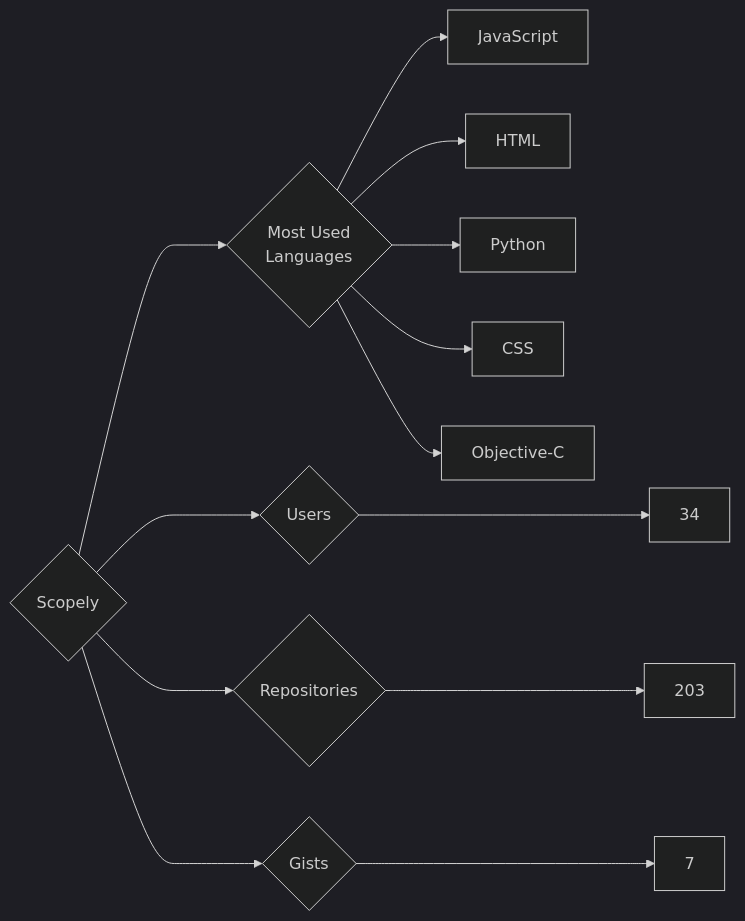
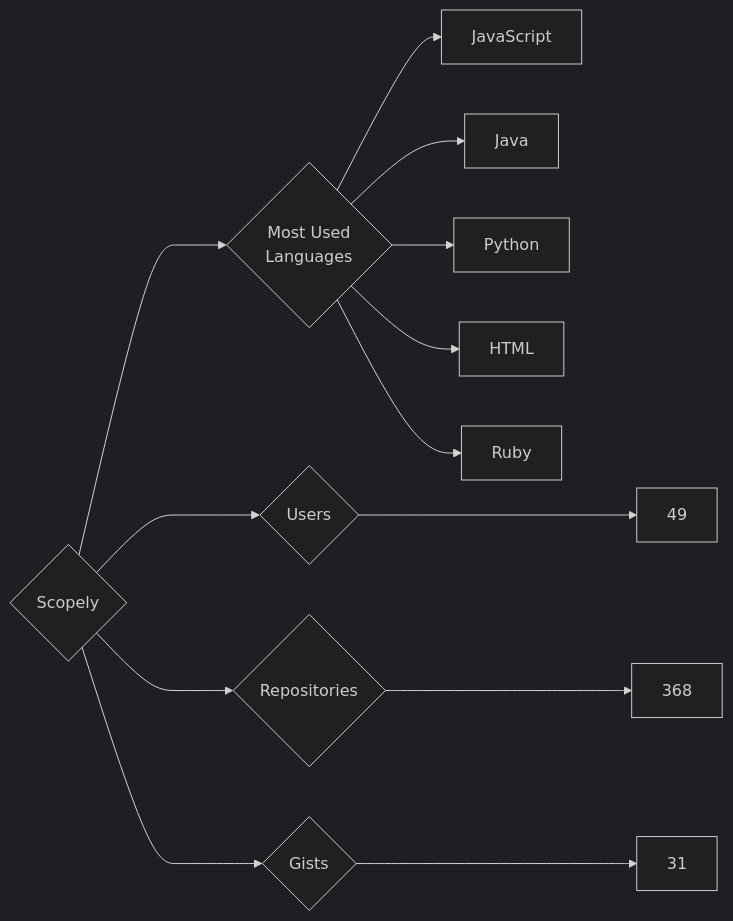
The diagram in targets/Scopely/README.md (trickest/insiders), drawn with Mermaid (dark theme) before and after one commit. The commit also changed 886 other files, not shown here.

````diff
--- a/targets/Scopely/README.md
+++ b/targets/Scopely/README.md
@@ -3,13 +3,13 @@
 ```mermaid
 graph LR
 COMPANY_NAME{Scopely}
-COMPANY_NAME ---> U{Users} ---> UN[34]
-COMPANY_NAME ---> R{Repositories} ---> RN[203]
-COMPANY_NAME ---> G{Gists} ---> GN[7]
+COMPANY_NAME ---> U{Users} ---> UN[49]
+COMPANY_NAME ---> R{Repositories} ---> RN[368]
+COMPANY_NAME ---> G{Gists} ---> GN[31]
 COMPANY_NAME ---> ML{Most Used<br>Languages}
 ML --> JavaScript[JavaScript]
+ML --> Java[Java]
+ML --> Python[Python]
 ML --> HTML[HTML]
-ML --> Python[Python]
-ML --> CSS[CSS]
-ML --> Objective-C[Objective-C]
+ML --> Ruby[Ruby]
 ```
````
